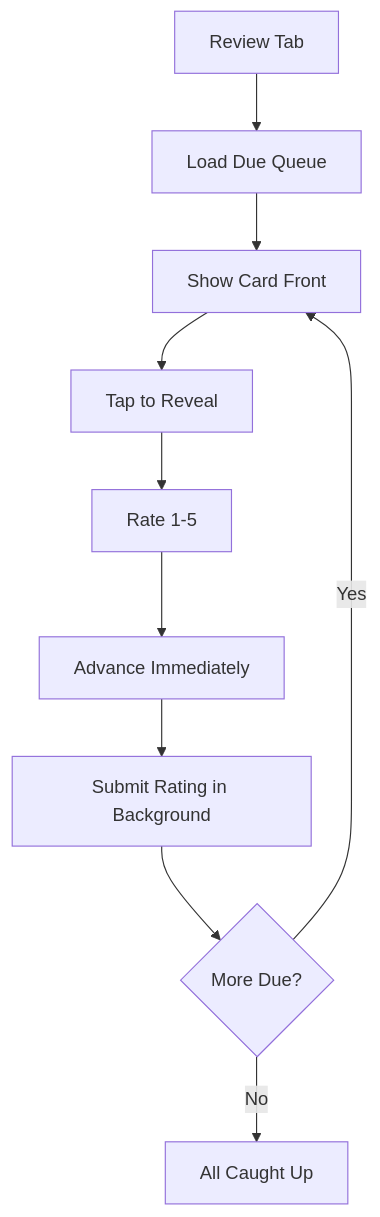
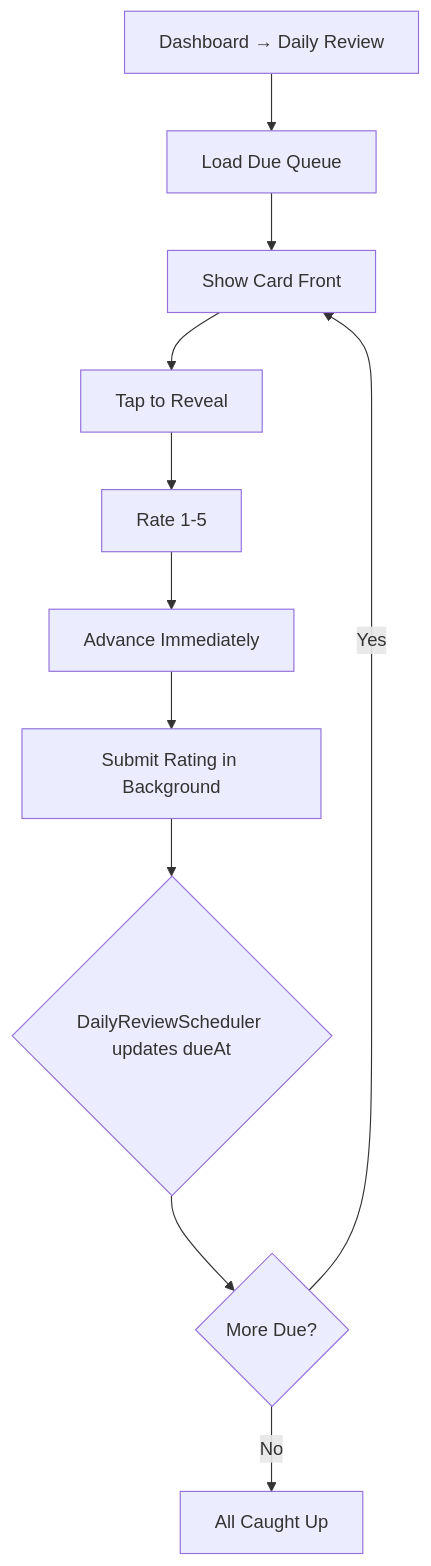
Before and after one commit to pvnpll/revia: the second of 4 diagrams in revia/docs/application/technical-reference.md, drawn with Mermaid. The commit also changed other lines of this file and 42 other files, not shown here.

First line of the commit message:
Ship Revia v1.4.0: Practice mode and Daily Review split.

````diff
--- a/revia/docs/application/technical-reference.md
+++ b/revia/docs/application/technical-reference.md
@@ -112,12 +120,13 @@
 ```mermaid
 flowchart TD
-  A[Review Tab] --> B[Load Due Queue]
+  A[Dashboard → Daily Review] --> B[Load Due Queue]
   B --> C[Show Card Front]
   C --> D[Tap to Reveal]
   D --> E[Rate 1-5]
   E --> F[Advance Immediately]
   F --> G[Submit Rating in Background]
-  G --> H{More Due?}
-  H -->|Yes| C
-  H -->|No| I[All Caught Up]
+  G --> H{DailyReviewScheduler updates dueAt}
+  H --> I{More Due?}
+  I -->|Yes| C
+  I -->|No| J[All Caught Up]
 ```
````
